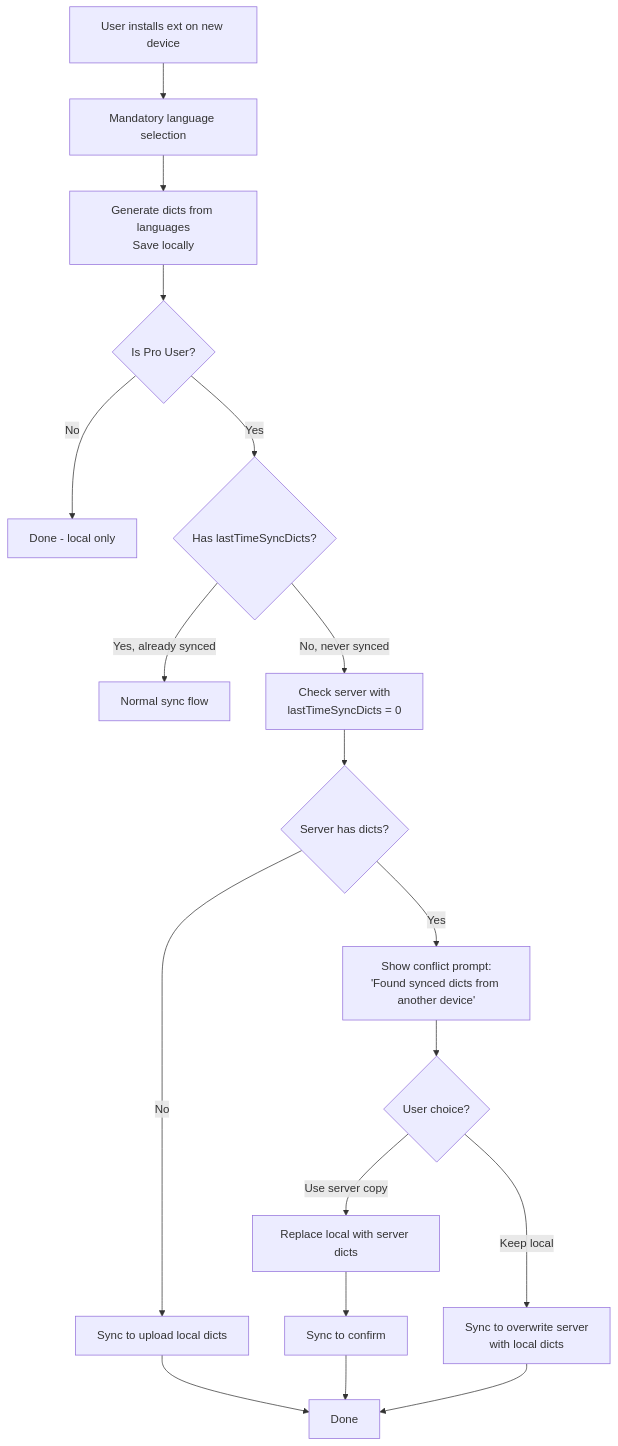
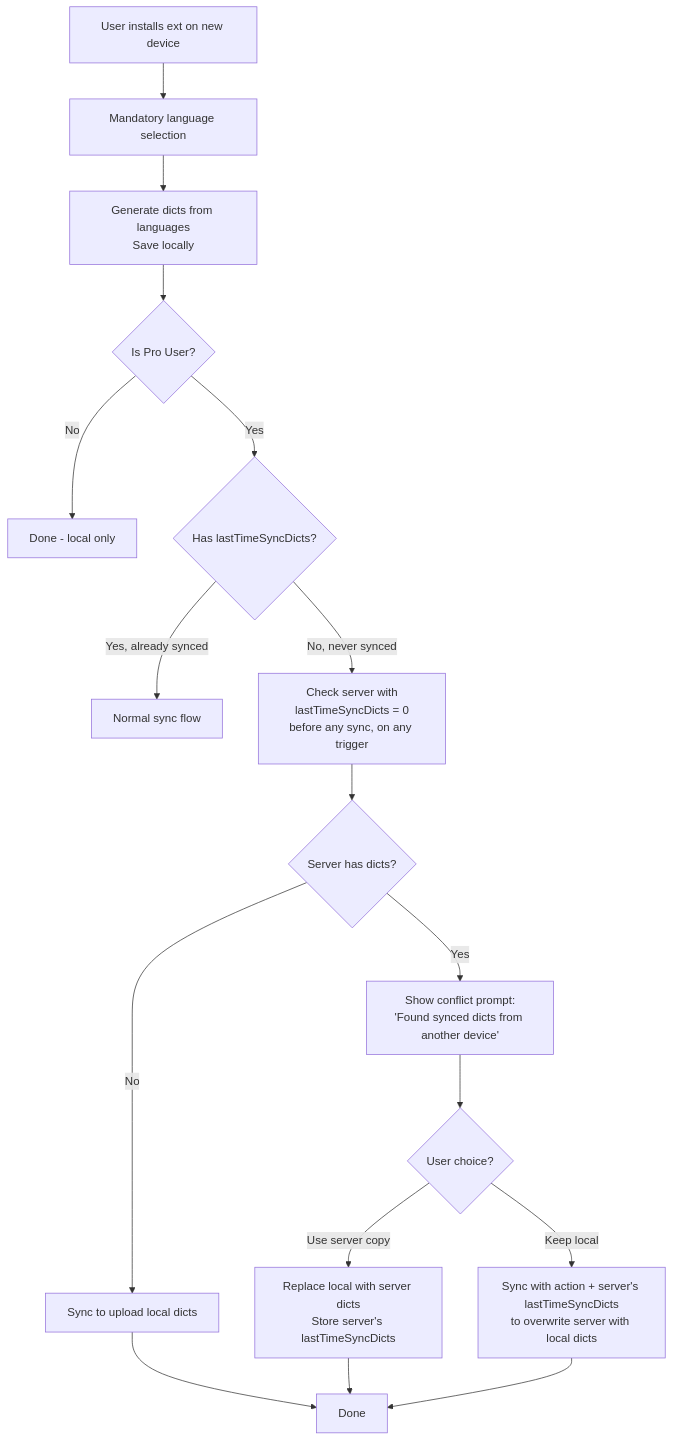
The seventh of 7 diagrams in docs/dict-sync-flow.md (pnlpal/dictionariez), drawn with Mermaid before and after one commit. The commit also changed other lines of this file and 6 other files, not shown here.

Commit message:
refine sync dicts flow, so always check conflicts for the first time sync

````diff
--- a/docs/dict-sync-flow.md
+++ b/docs/dict-sync-flow.md
@@ -111,27 +114,26 @@
 ```mermaid
 flowchart TD
     E6A[User installs ext on new device] --> E6B[Mandatory language selection]
     E6B --> E6C[Generate dicts from languages<br/>Save locally]
     E6C --> E6D{Is Pro User?}
     
     E6D -->|No| E6E[Done - local only]
     
     E6D -->|Yes| E6F{Has lastTimeSyncDicts?}
     E6F -->|Yes, already synced| E6G[Normal sync flow]
     
-    E6F -->|No, never synced| E6H[Check server with<br/>lastTimeSyncDicts = 0]
+    E6F -->|No, never synced| E6H[Check server with<br/>lastTimeSyncDicts = 0<br/>before any sync, on any trigger]
     E6H --> E6I{Server has dicts?}
     
     E6I -->|No| E6J[Sync to upload local dicts]
     E6J --> E6K[Done]
     
     E6I -->|Yes| E6L[Show conflict prompt:<br/>'Found synced dicts from another device']
     E6L --> E6M{User choice?}
     
-    E6M -->|Use server copy| E6N[Replace local with server dicts]
-    E6N --> E6O[Sync to confirm]
-    E6O --> E6K
-    
-    E6M -->|Keep local| E6P[Sync to overwrite server<br/>with local dicts]
+    E6M -->|Use server copy| E6N[Replace local with server dicts<br/>Store server's lastTimeSyncDicts]
+    E6N --> E6K
+
+    E6M -->|Keep local| E6P[Sync with action + server's lastTimeSyncDicts<br/>to overwrite server with local dicts]
     E6P --> E6K
 ```
````
